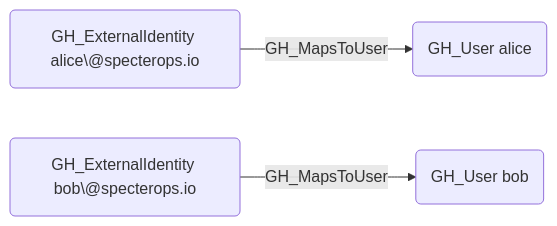
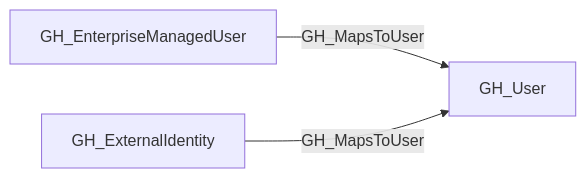
One commit to SpecterOps/bloodhound-docs changed the first of 2 diagrams in docs/opengraph/extensions/github/edges/gh_mapstouser.mdx. Above: the diagram before and after it, drawn with Mermaid. The commit also changed other lines of this file and 292 other files, not shown here.

````diff
--- a/docs/opengraph/extensions/github/edges/gh_mapstouser.mdx
+++ b/docs/opengraph/extensions/github/edges/gh_mapstouser.mdx
@@ -19,9 +17,8 @@
 ```mermaid
-graph LR
-    extId1("GH_ExternalIdentity alice\@specterops.io")
-    extId2("GH_ExternalIdentity bob\@specterops.io")
-    user1("GH_User alice")
-    user2("GH_User bob")
-    extId1 -- GH_MapsToUser --> user1
-    extId2 -- GH_MapsToUser --> user2
+flowchart LR
+    GH_EnterpriseManagedUser["GH_EnterpriseManagedUser"]
+    GH_ExternalIdentity["GH_ExternalIdentity"]
+    GH_User["GH_User"]
+    GH_EnterpriseManagedUser -- GH_MapsToUser --> GH_User
+    GH_ExternalIdentity -- GH_MapsToUser --> GH_User
 ```
````
